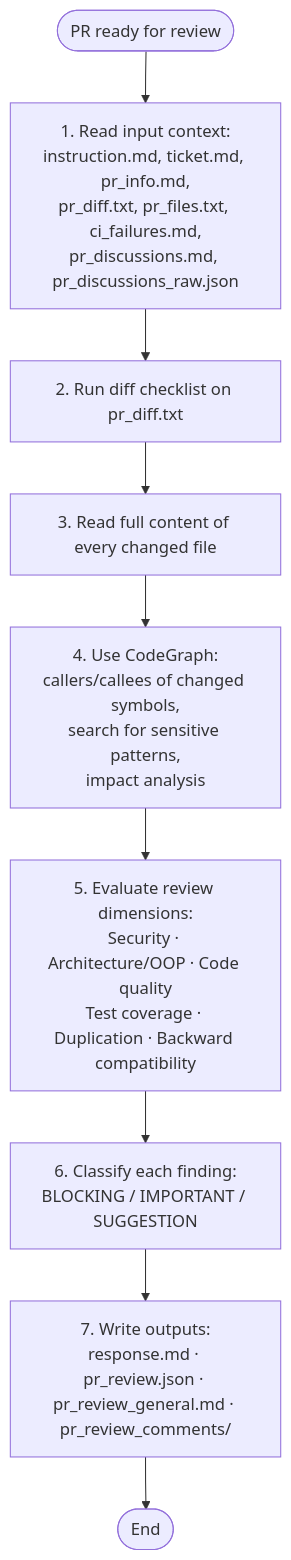
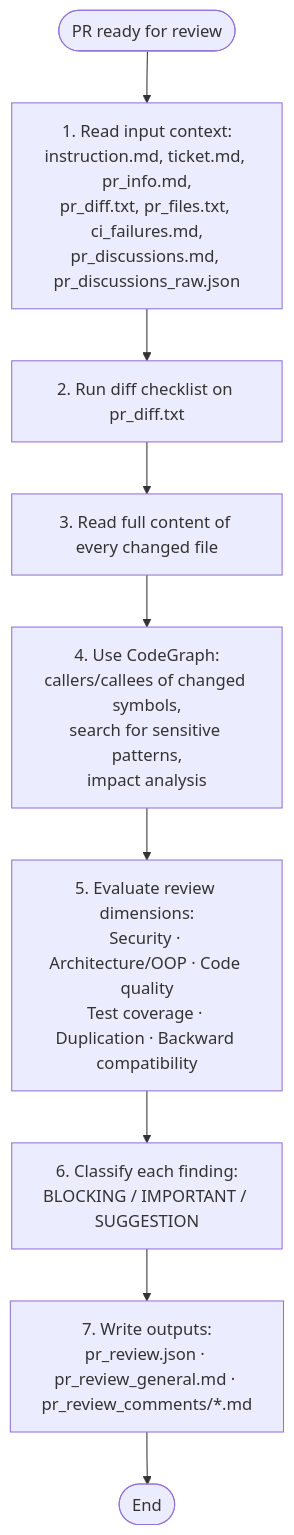
The first of 2 diagrams in instructions/pr_review/general_guidelines.md (IstiN/dmtools-agents), drawn with Mermaid before and after one commit. The commit also changed other lines of this file and 5 other files, not shown here.

First line of the commit message:
fix(pr_review): stop asking for outputs/response.md, prefer inline comment files

````diff
--- a/instructions/pr_review/general_guidelines.md
+++ b/instructions/pr_review/general_guidelines.md
@@ -5,11 +5,11 @@
 ```mermaid
 flowchart TD
     START([PR ready for review]) --> READ["1. Read input context:<br/>instruction.md, ticket.md, pr_info.md,<br/>pr_diff.txt, pr_files.txt, ci_failures.md,<br/>pr_discussions.md, pr_discussions_raw.json"]
     READ --> DIFF["2. Run diff checklist on pr_diff.txt"]
     DIFF --> FILES["3. Read full content of every changed file"]
     FILES --> CODEGRAPH["4. Use CodeGraph:<br/>callers/callees of changed symbols,<br/>search for sensitive patterns,<br/>impact analysis"]
     CODEGRAPH --> DIMS["5. Evaluate review dimensions:<br/>Security · Architecture/OOP · Code quality<br/>Test coverage · Duplication · Backward compatibility"]
     DIMS --> SEVERITY["6. Classify each finding:<br/>BLOCKING / IMPORTANT / SUGGESTION"]
-    SEVERITY --> OUTPUT["7. Write outputs:<br/>response.md · pr_review.json · pr_review_general.md · pr_review_comments/"]
+    SEVERITY --> OUTPUT["7. Write outputs:<br/>pr_review.json · pr_review_general.md · pr_review_comments/*.md"]
     OUTPUT --> END([End])
 ```
````
